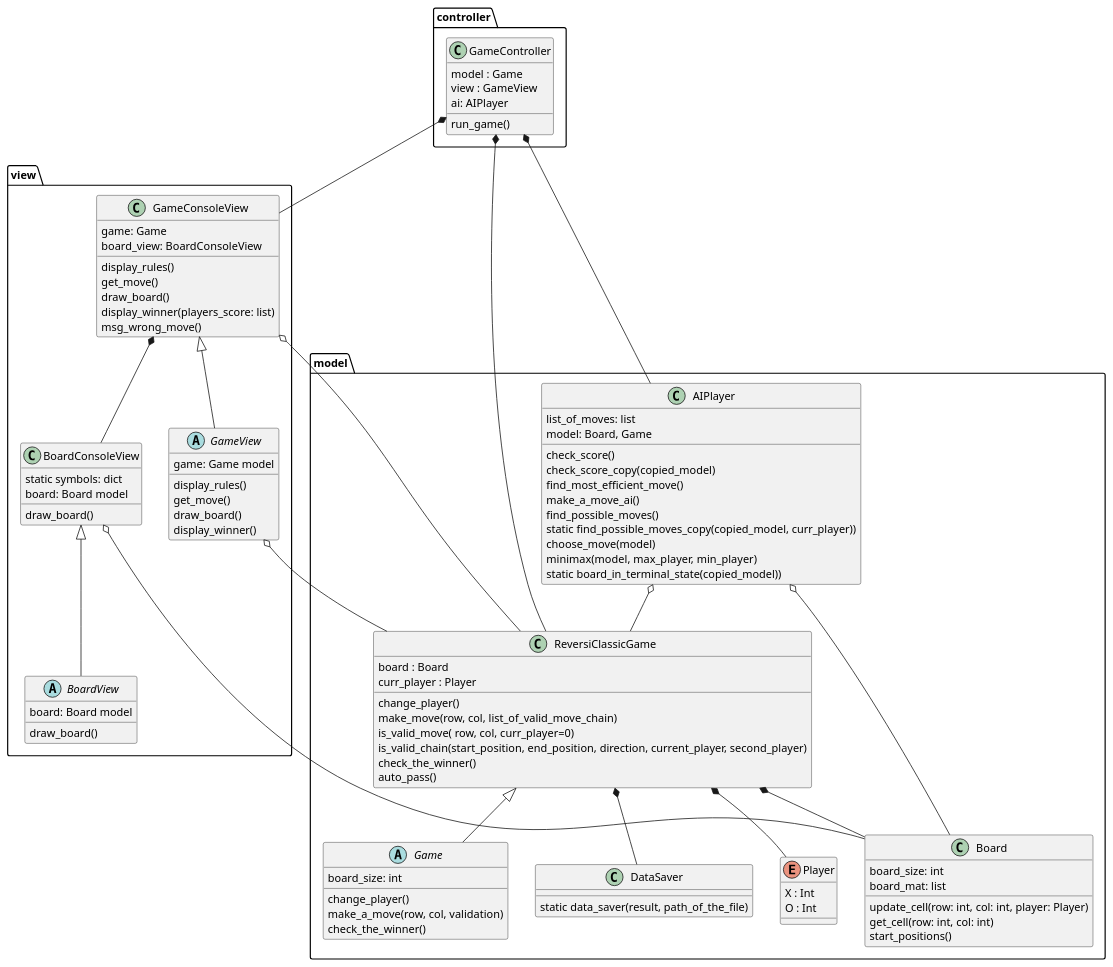
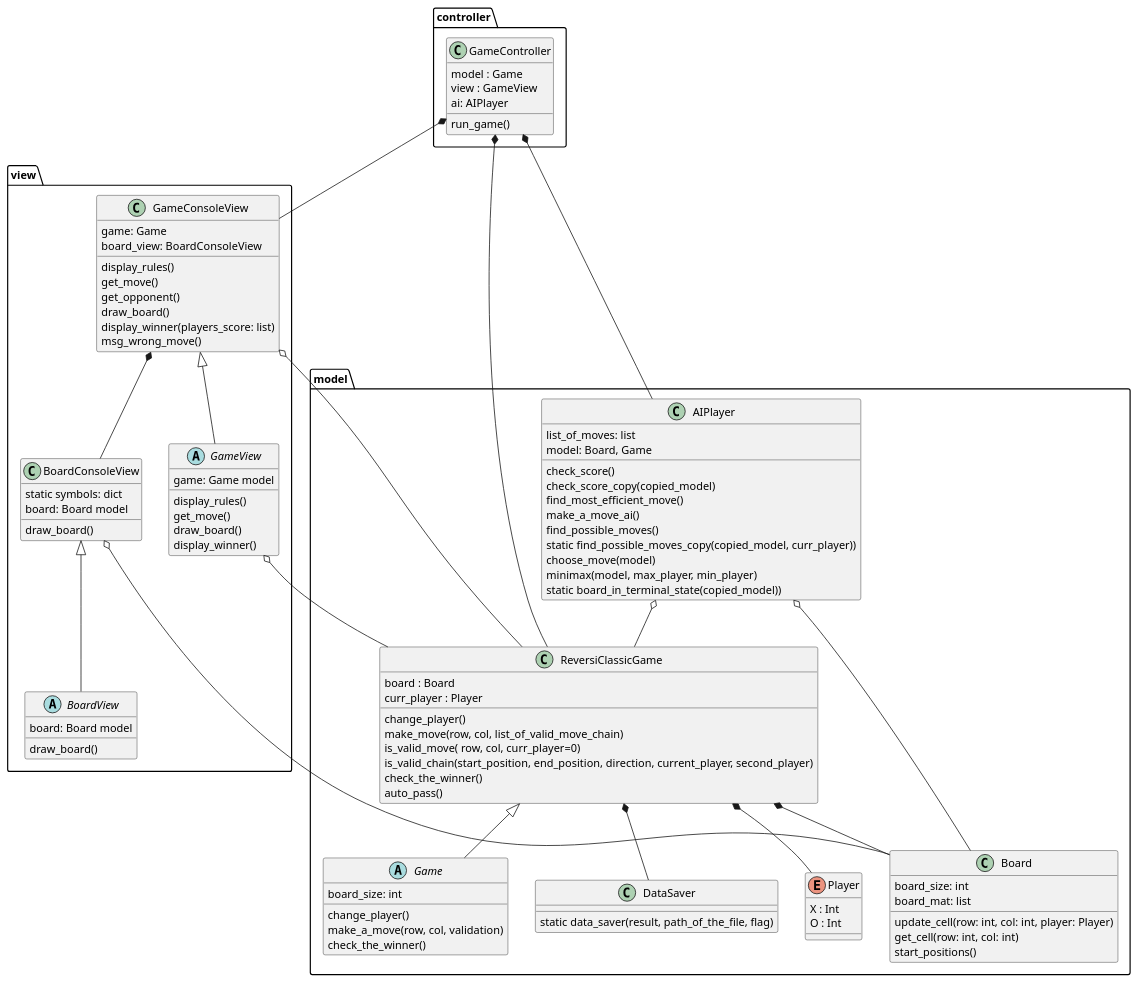
The diagram in project.puml (GoncharikAnton/reversi), drawn with PlantUML before and after one commit. The commit also changed 2 other files, not shown here.

Commit message:
Fixed naming of the variables. Added condition of the data saving. Now it doesn't save result, if minimax reaches the end of the game.

```diff
--- a/project.puml
+++ b/project.puml
@@ -1,124 +1,125 @@
 @startuml Reversi
 
 package model {
 
     abstract class Game {
     board_size: int
     change_player()
     make_a_move(row, col, validation)
     check_the_winner()
     }
 
 
     class ReversiClassicGame {
         board : Board
         curr_player : Player
         change_player()
         make_move(row, col, list_of_valid_move_chain)
         is_valid_move( row, col, curr_player=0)
         is_valid_chain(start_position, end_position, direction, current_player, second_player)
         check_the_winner()
         auto_pass()
     }
 
     class AIPlayer {
         list_of_moves: list
         model: Board, Game
         check_score()
         check_score_copy(copied_model)
         find_most_efficient_move()
         make_a_move_ai()
         find_possible_moves()
         static find_possible_moves_copy(copied_model, curr_player))
         choose_move(model)
         minimax(model, max_player, min_player)
         static board_in_terminal_state(copied_model))
     }
 
 
     class DataSaver {
-        static data_saver(result, path_of_the_file)
+        static data_saver(result, path_of_the_file, flag)
     }
 
 
     class Board {
         board_size: int
         board_mat: list
         update_cell(row: int, col: int, player: Player)
         get_cell(row: int, col: int)
         start_positions()
     }
 
     enum Player {
         X : Int
         O : Int
     }
 
 
 }
 
 package view {
     abstract class GameView {
     game: Game model
     display_rules()
     get_move()
     draw_board()
     display_winner()
     }
 
     abstract class BoardView {
     board: Board model
     draw_board()
     }
 
     class BoardConsoleView {
     static symbols: dict
         board: Board model
         draw_board()
     }
 
     class GameConsoleView {
         game: Game
         board_view: BoardConsoleView
         display_rules()
         get_move()
+        get_opponent()
         draw_board()
         display_winner(players_score: list)
         msg_wrong_move()
     }
 
 }
 
 
 package controller {
     class GameController {
         model : Game
         view : GameView
         ai: AIPlayer
         run_game()
     }
 }
 
 
 
 ReversiClassicGame <|-- Game
 GameView o-- ReversiClassicGame
 GameConsoleView o-- ReversiClassicGame
 ReversiClassicGame *-- Board
 ReversiClassicGame *-- Player
 
 ReversiClassicGame *-- DataSaver
 
 AIPlayer o-- ReversiClassicGame
 AIPlayer o-- Board
 
 GameConsoleView <|-- GameView
 BoardConsoleView <|-- BoardView
 BoardConsoleView o-- Board
 
 GameController *-- GameConsoleView
 GameController *-- AIPlayer
 GameConsoleView *-- BoardConsoleView
 GameController *-- ReversiClassicGame
 
 @enduml
```
